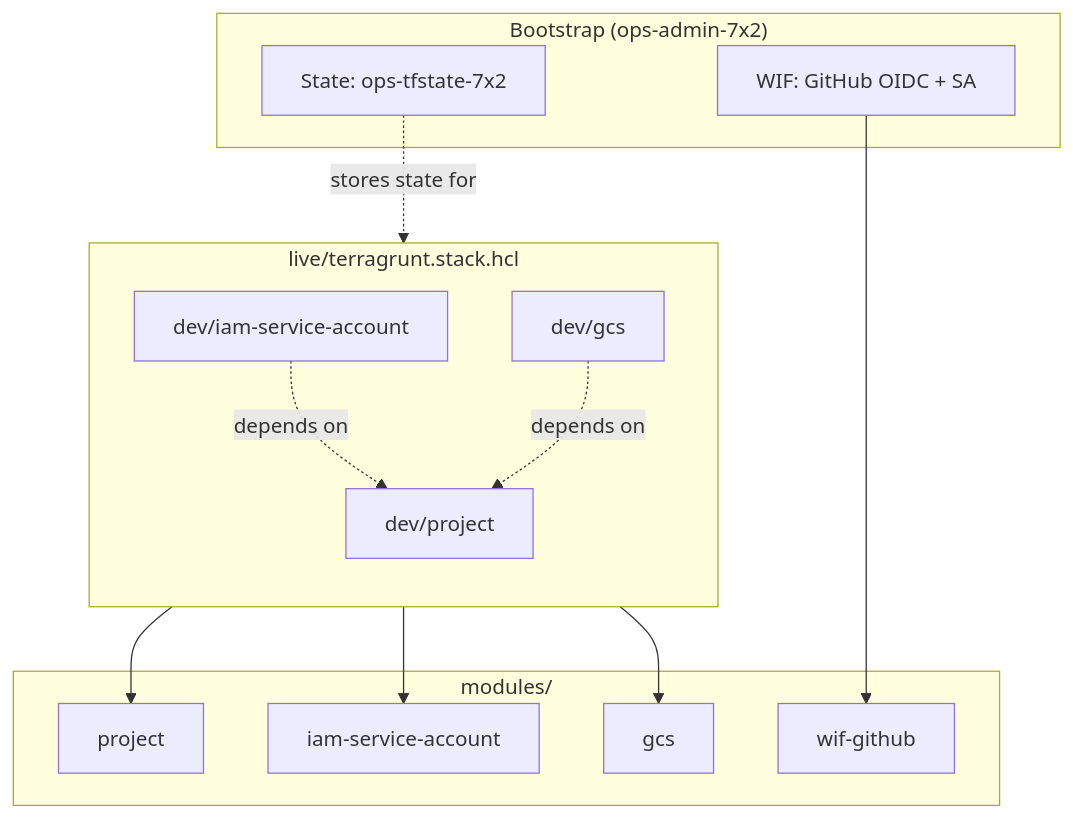
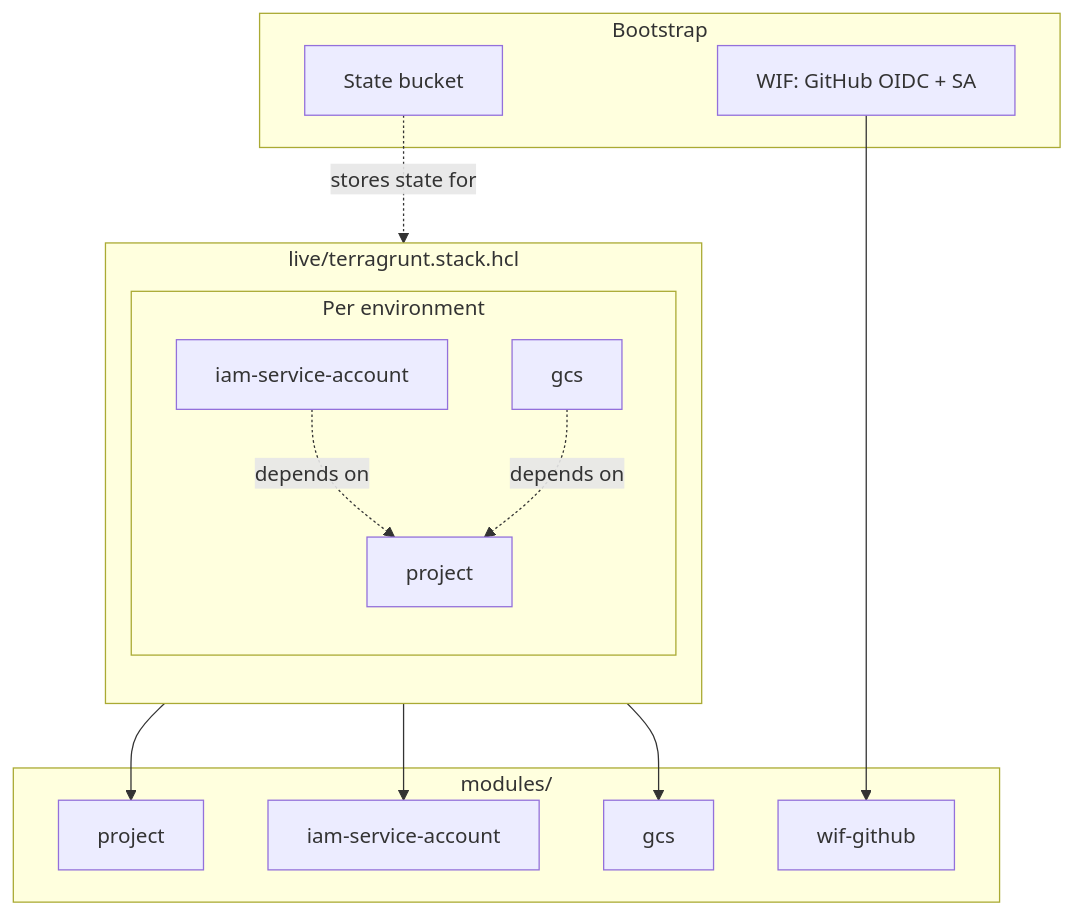
The diagram in README.md (Chopsticks13/gcp-foundation-modules), drawn with Mermaid before and after one commit.

Commit message:
docs: make architecture diagram generic, not hardcoded to dev

````diff
--- a/README.md
+++ b/README.md
@@ -15,29 +15,31 @@
 ```mermaid
 flowchart TD
-  subgraph bootstrap["Bootstrap (ops-admin-7x2)"]
+  subgraph bootstrap["Bootstrap"]
     wif["WIF: GitHub OIDC + SA"]
-    bucket["State: ops-tfstate-7x2"]
+    bucket["State bucket"]
   end
 
   subgraph live["live/terragrunt.stack.hcl"]
     direction TB
-    dev_proj["dev/project"]
-    dev_sa["dev/iam-service-account"]
-    dev_gcs["dev/gcs"]
+    subgraph env["Per environment"]
+      proj["project"]
+      sa["iam-service-account"]
+      gcs["gcs"]
+    end
   end
 
   subgraph modules["modules/"]
     m_proj["project"]
     m_sa["iam-service-account"]
     m_gcs["gcs"]
     m_wif["wif-github"]
   end
 
   wif --> m_wif
-  dev_proj --> m_proj
-  dev_sa --> m_sa
-  dev_gcs --> m_gcs
-  dev_sa -.->|depends on| dev_proj
-  dev_gcs -.->|depends on| dev_proj
+  proj --> m_proj
+  sa --> m_sa
+  gcs --> m_gcs
+  sa -.->|depends on| proj
+  gcs -.->|depends on| proj
   bucket -.->|stores state for| live
 ```
````
